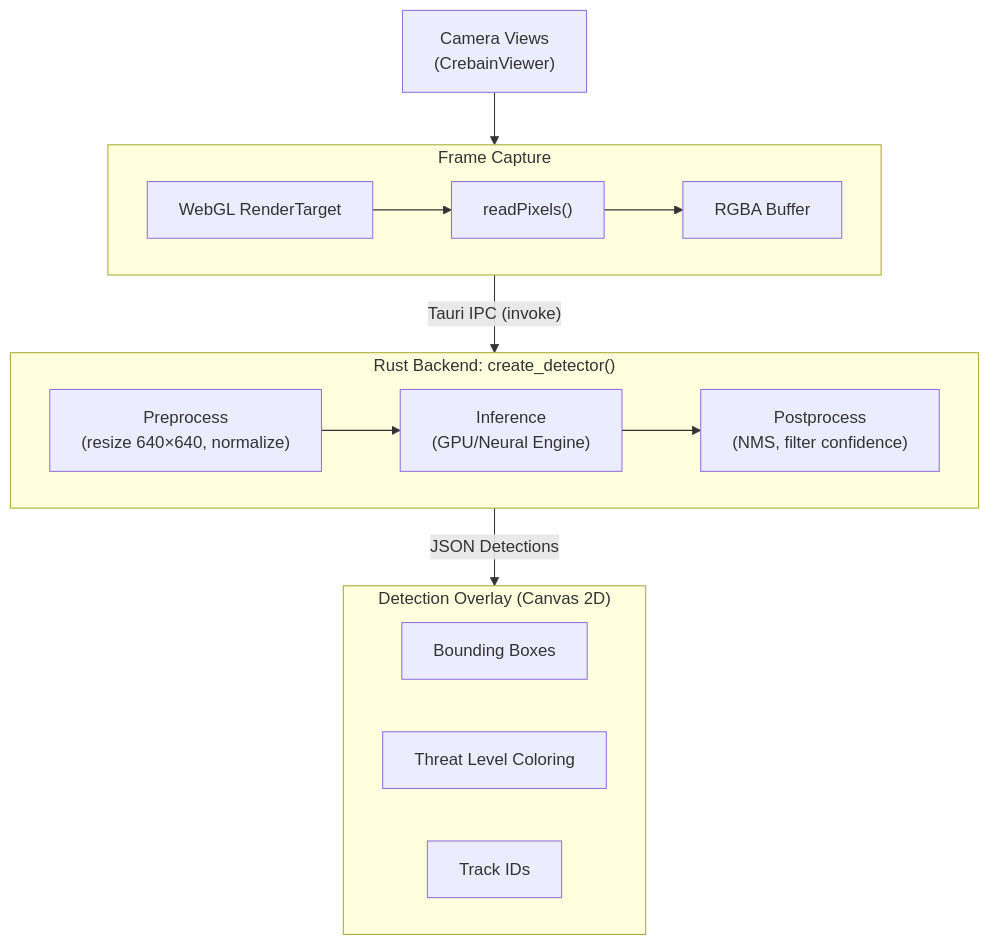
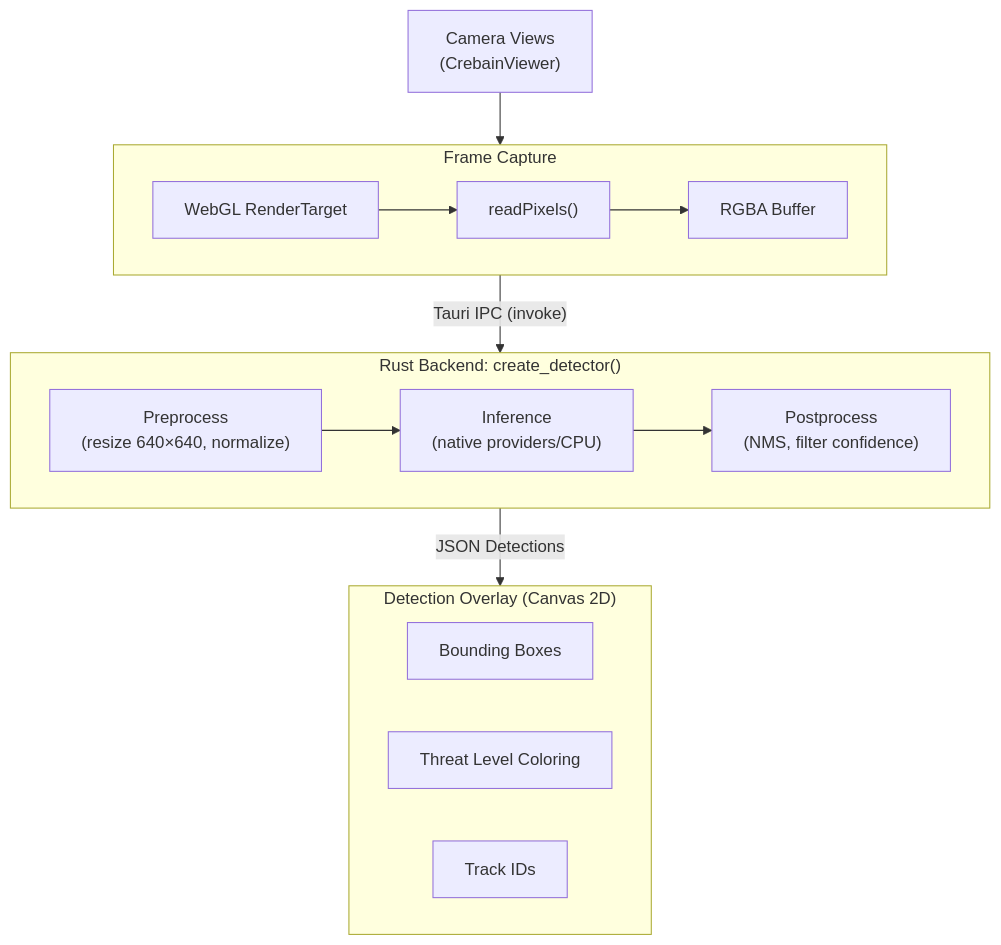
Before and after one commit to sepahead/crebain: the third of 3 diagrams in docs/ARCHITECTURE.md, drawn with Mermaid. The commit also changed other lines of this file and 25 other files, not shown here.

Commit message:
feat(inference): add native benchmark evidence

````diff
--- a/docs/ARCHITECTURE.md
+++ b/docs/ARCHITECTURE.md
@@ -206,29 +206,29 @@
 ```mermaid
 flowchart TB
     CameraViews["Camera Views<br/>(CrebainViewer)"]
 
     subgraph Capture["Frame Capture"]
         WebGL["WebGL RenderTarget"]
         ReadPixels["readPixels()"]
         RGBA["RGBA Buffer"]
         WebGL --> ReadPixels --> RGBA
     end
 
     subgraph Backend["Rust Backend: create_detector()"]
         Preprocess["Preprocess<br/>(resize 640×640, normalize)"]
-        Inference["Inference<br/>(GPU/Neural Engine)"]
+        Inference["Inference<br/>(native providers/CPU)"]
         Postprocess["Postprocess<br/>(NMS, filter confidence)"]
 
         Preprocess --> Inference --> Postprocess
     end
 
     subgraph Overlay["Detection Overlay (Canvas 2D)"]
         BBox["Bounding Boxes"]
         Threat["Threat Level Coloring"]
         TrackID["Track IDs"]
     end
 
     CameraViews --> Capture
     Capture -->|"Tauri IPC (invoke)"| Backend
     Backend -->|"JSON Detections"| Overlay
 ```
````
